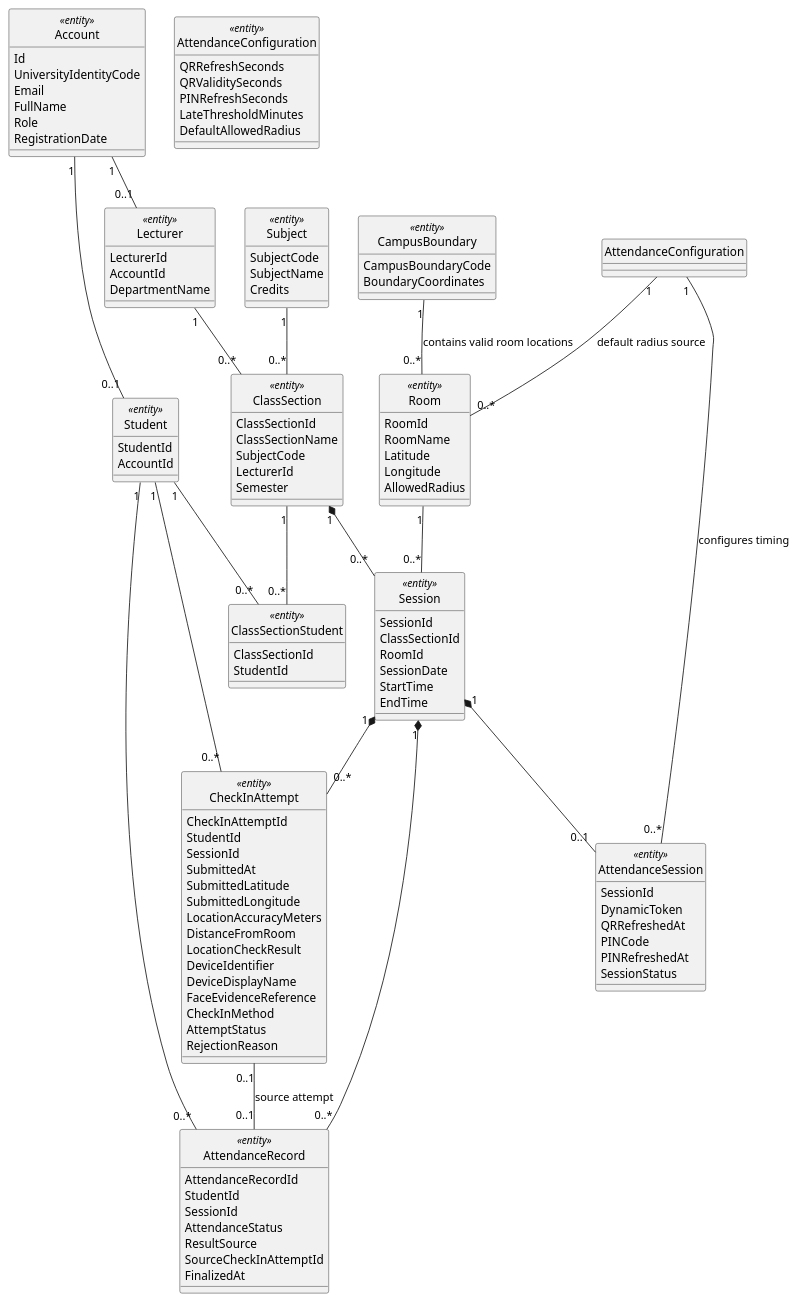
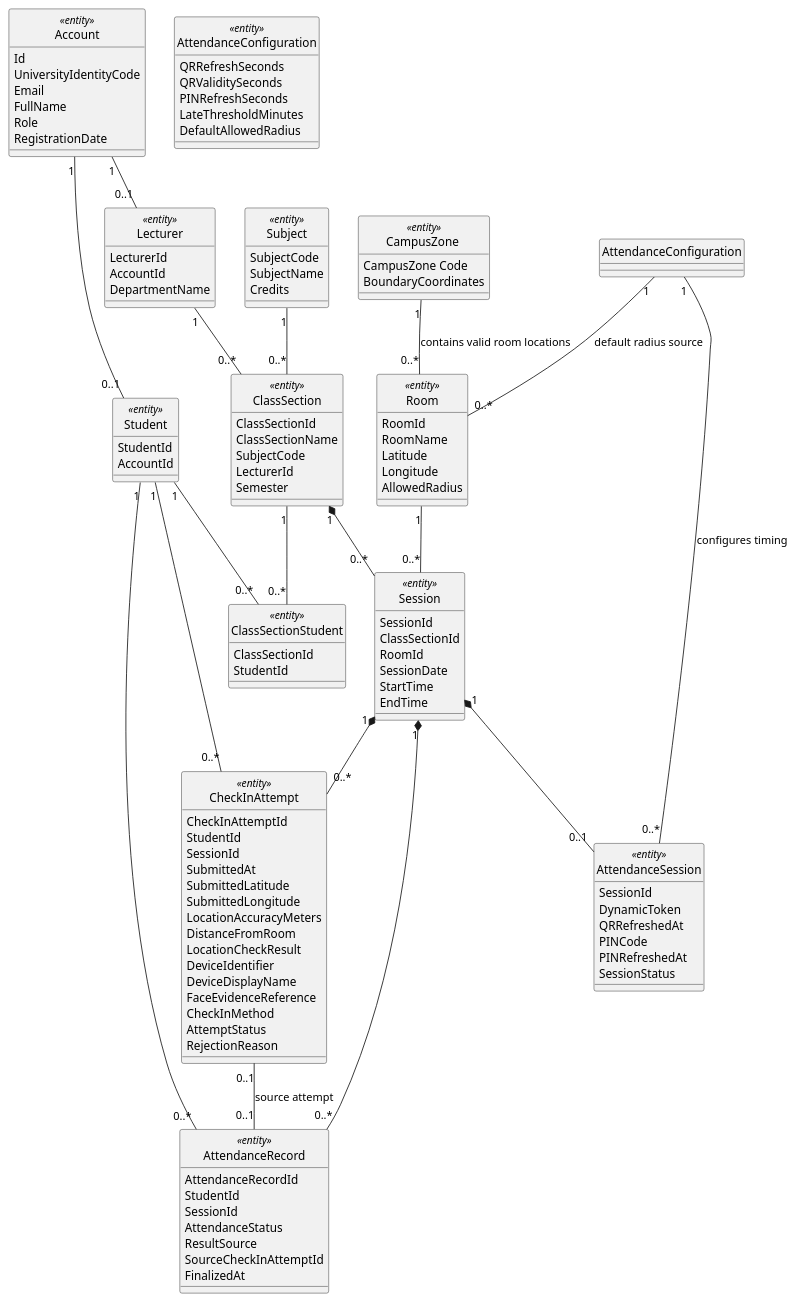
The first of 29 diagrams in docs/sds/2_Analysis.md (nttung42/SWD392), drawn with PlantUML before and after one commit. The commit also changed other lines of this file and 4 other files, not shown here.

First line of the commit message:
Refactor CampusBoundary to CampusZone across documentation and design files

```diff
--- a/docs/sds/2_Analysis.md
+++ b/docs/sds/2_Analysis.md
@@ -45,8 +45,8 @@
   AllowedRadius
 }
 
-class "CampusBoundary" as CampusBoundary <<entity>> {
-  CampusBoundaryCode
+class "CampusZone " as CampusZone  <<entity>> {
+  CampusZone Code
   BoundaryCoordinates
 }
 
@@ -125,7 +125,7 @@
 
 Account "1" -- "0..1" Student
 Account "1" -- "0..1" Lecturer
-CampusBoundary "1" -- "0..*" Room : contains valid room locations
+CampusZone  "1" -- "0..*" Room : contains valid room locations
 Lecturer "1" -- "0..*" ClassSection
 Subject "1" -- "0..*" ClassSection
 ClassSection "1" -- "0..*" ClassSectionStudent
```
